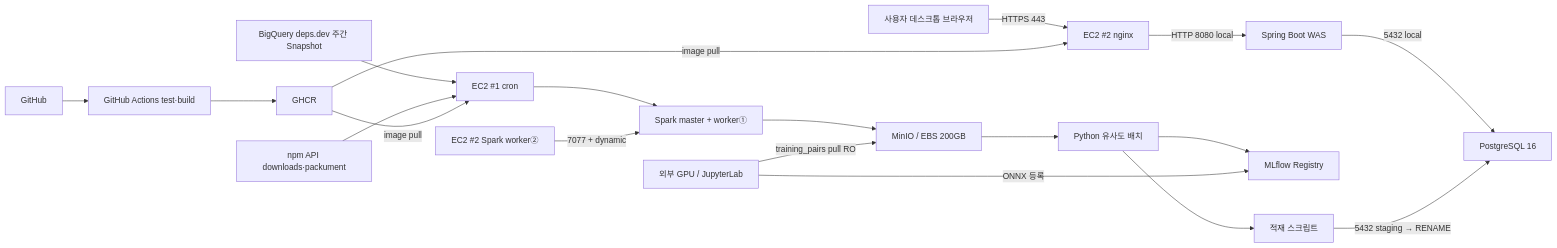
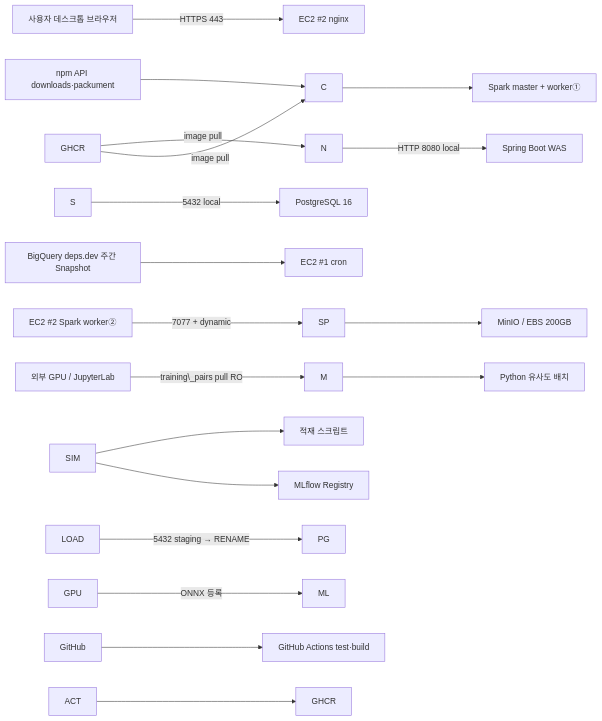
One commit to DreamingGenie/Pickage changed the diagram in docs/Pickage_기능별_개발_구상안_0904.md. Above: the diagram before and after it, drawn with Mermaid. The commit also changed other lines of this file, not shown here.

````diff
--- a/docs/Pickage_기능별_개발_구상안_0904.md
+++ b/docs/Pickage_기능별_개발_구상안_0904.md
@@ -120,21 +120,21 @@
 ```mermaid
 flowchart LR
-    U["사용자 데스크톱 브라우저"] -->|HTTPS 443| N["EC2 #2 nginx"]
-    N -->|HTTP 8080 local| S["Spring Boot WAS"]
-    S -->|5432 local| PG["PostgreSQL 16"]
-    BQ["BigQuery deps.dev 주간 Snapshot"] --> C["EC2 #1 cron"]
-    NPM["npm API downloads·packument"] --> C
-    C --> SP["Spark master + worker①"]
-    W2["EC2 #2 Spark worker②"] -->|7077 + dynamic| SP
-    SP --> M["MinIO / EBS 200GB"]
-    M --> SIM["Python 유사도 배치"]
-    SIM --> ML["MLflow Registry"]
-    SIM --> LOAD["적재 스크립트"]
+    U\["사용자 데스크톱 브라우저"] -->|HTTPS 443| N\["EC2 #2 nginx"]
+    N -->|HTTP 8080 local| S\["Spring Boot WAS"]
+    S -->|5432 local| PG\["PostgreSQL 16"]
+    BQ\["BigQuery deps.dev 주간 Snapshot"] --> C\["EC2 #1 cron"]
+    NPM\["npm API downloads·packument"] --> C
+    C --> SP\["Spark master + worker①"]
+    W2\["EC2 #2 Spark worker②"] -->|7077 + dynamic| SP
+    SP --> M\["MinIO / EBS 200GB"]
+    M --> SIM\["Python 유사도 배치"]
+    SIM --> ML\["MLflow Registry"]
+    SIM --> LOAD\["적재 스크립트"]
     LOAD -->|5432 staging → RENAME| PG
-    GPU["외부 GPU / JupyterLab"] -->|training_pairs pull RO| M
+    GPU\["외부 GPU / JupyterLab"] -->|training\_pairs pull RO| M
     GPU -->|ONNX 등록| ML
-    GH["GitHub"] --> ACT["GitHub Actions test·build"]
-    ACT --> GHCR["GHCR"]
+    GH\["GitHub"] --> ACT\["GitHub Actions test·build"]
+    ACT --> GHCR\["GHCR"]
     GHCR -->|image pull| C
     GHCR -->|image pull| N
 ```
````
